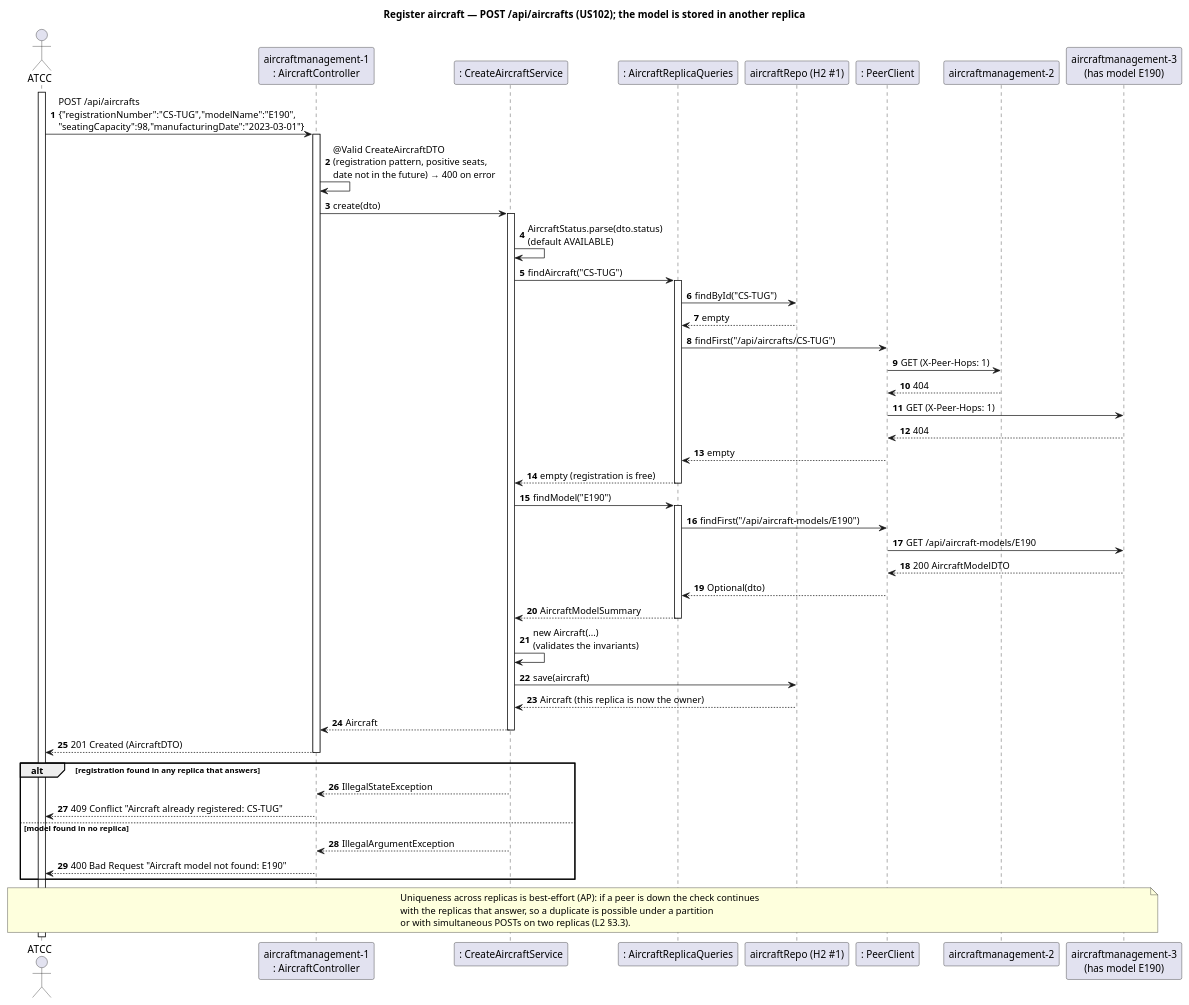
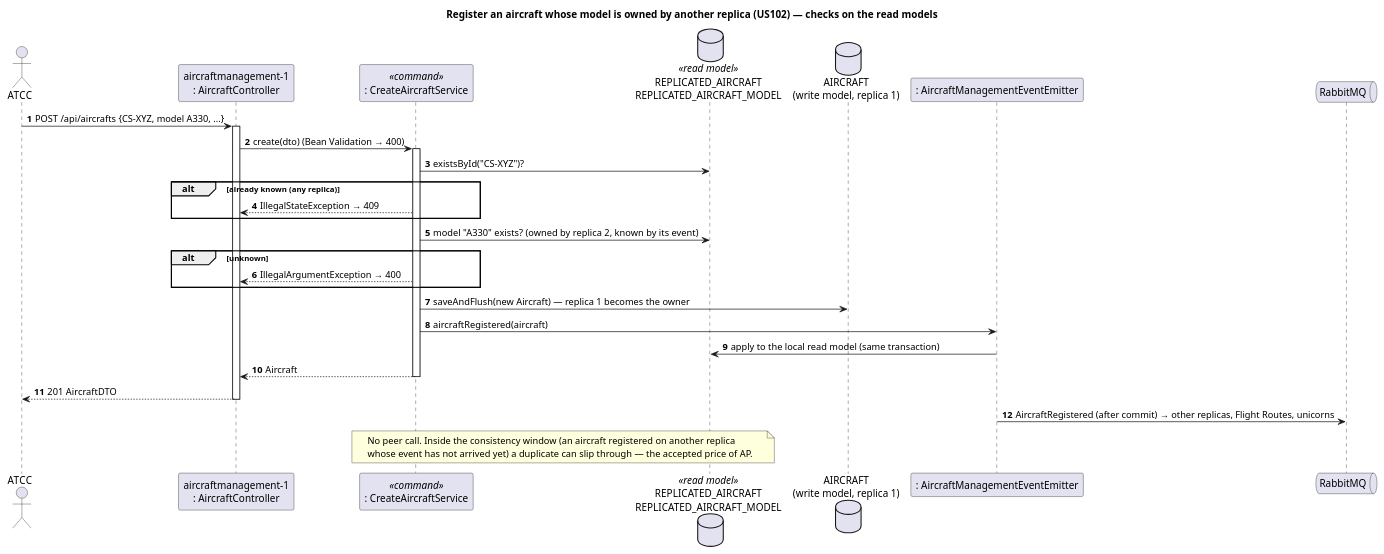
One commit to caetanotiago/Project_SIDIS changed the diagram in docs/5-scenarios/aircraftmanagement/puml/AircraftManagement-SD-CreateAircraft.puml. Above: the diagram before and after it, drawn with PlantUML. The commit also changed 146 other files, not shown here.

Commit message:
Aircraft Management: Assignment 2 (CQRS, eventos RabbitMQ, read models, /api/v2/unicorns)

```diff
--- a/docs/5-scenarios/aircraftmanagement/puml/AircraftManagement-SD-CreateAircraft.puml
+++ b/docs/5-scenarios/aircraftmanagement/puml/AircraftManagement-SD-CreateAircraft.puml
@@ -1,64 +1,36 @@
 @startuml AircraftManagement-SD-CreateAircraft
 autonumber
-title Register aircraft — POST /api/aircrafts (US102); the model is stored in another replica
+title Register an aircraft whose model is owned by another replica (US102) — checks on the read models
 actor "ATCC" as ATCC
 participant "aircraftmanagement-1\n: AircraftController" as Ctrl
-participant ": CreateAircraftService" as Service
-participant ": AircraftReplicaQueries" as Queries
-participant "aircraftRepo (H2 #1)" as Repo
-participant ": PeerClient" as Peers
-participant "aircraftmanagement-2" as R2
-participant "aircraftmanagement-3\n(has model E190)" as R3
+participant ": CreateAircraftService" as Cmd <<command>>
+database "REPLICATED_AIRCRAFT\nREPLICATED_AIRCRAFT_MODEL" as RM <<read model>>
+database "AIRCRAFT\n(write model, replica 1)" as W
+participant ": AircraftManagementEventEmitter" as E
+queue "RabbitMQ" as MQ
 
-activate ATCC
-ATCC -> Ctrl : POST /api/aircrafts\n{"registrationNumber":"CS-TUG","modelName":"E190",\n"seatingCapacity":98,"manufacturingDate":"2023-03-01"}
+ATCC -> Ctrl : POST /api/aircrafts {CS-XYZ, model A330, ...}
 activate Ctrl
-Ctrl -> Ctrl : @Valid CreateAircraftDTO\n(registration pattern, positive seats,\ndate not in the future) → 400 on error
-Ctrl -> Service : create(dto)
-activate Service
-Service -> Service : AircraftStatus.parse(dto.status)\n(default AVAILABLE)
-
-Service -> Queries : findAircraft("CS-TUG")
-activate Queries
-Queries -> Repo : findById("CS-TUG")
-Repo --> Queries : empty
-Queries -> Peers : findFirst("/api/aircrafts/CS-TUG")
-Peers -> R2 : GET (X-Peer-Hops: 1)
-R2 --> Peers : 404
-Peers -> R3 : GET (X-Peer-Hops: 1)
-R3 --> Peers : 404
-Peers --> Queries : empty
-Queries --> Service : empty (registration is free)
-deactivate Queries
-
-Service -> Queries : findModel("E190")
-activate Queries
-Queries -> Peers : findFirst("/api/aircraft-models/E190")
-Peers -> R3 : GET /api/aircraft-models/E190
-R3 --> Peers : 200 AircraftModelDTO
-Peers --> Queries : Optional(dto)
-Queries --> Service : AircraftModelSummary
-deactivate Queries
-
-Service -> Service : new Aircraft(...)\n(validates the invariants)
-Service -> Repo : save(aircraft)
-Repo --> Service : Aircraft (this replica is now the owner)
-Service --> Ctrl : Aircraft
-deactivate Service
-Ctrl --> ATCC : 201 Created (AircraftDTO)
+Ctrl -> Cmd : create(dto) (Bean Validation → 400)
+activate Cmd
+Cmd -> RM : existsById("CS-XYZ")?
+alt already known (any replica)
+  Cmd --> Ctrl : IllegalStateException → 409
+end
+Cmd -> RM : model "A330" exists? (owned by replica 2, known by its event)
+alt unknown
+  Cmd --> Ctrl : IllegalArgumentException → 400
+end
+Cmd -> W : saveAndFlush(new Aircraft) — replica 1 becomes the owner
+Cmd -> E : aircraftRegistered(aircraft)
+E -> RM : apply to the local read model (same transaction)
+Cmd --> Ctrl : Aircraft
+deactivate Cmd
+Ctrl --> ATCC : 201 AircraftDTO
 deactivate Ctrl
-
-alt registration found in any replica that answers
-    Service --> Ctrl : IllegalStateException
-    Ctrl --> ATCC : 409 Conflict "Aircraft already registered: CS-TUG"
-else model found in no replica
-    Service --> Ctrl : IllegalArgumentException
-    Ctrl --> ATCC : 400 Bad Request "Aircraft model not found: E190"
-end
-
-note over ATCC, R3
-  Uniqueness across replicas is best-effort (AP): if a peer is down the check continues
-  with the replicas that answer, so a duplicate is possible under a partition
-  or with simultaneous POSTs on two replicas (L2 §3.3).
+E -> MQ : AircraftRegistered (after commit) → other replicas, Flight Routes, unicorns
+note over Cmd, RM
+  No peer call. Inside the consistency window (an aircraft registered on another replica
+  whose event has not arrived yet) a duplicate can slip through — the accepted price of AP.
 end note
 @enduml
```
